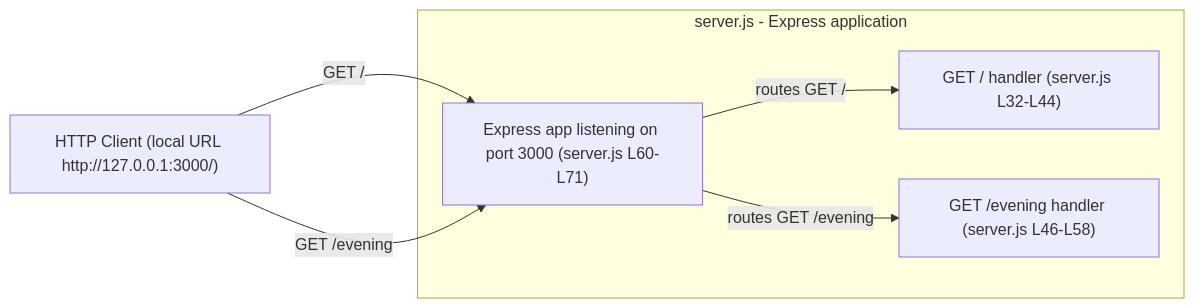
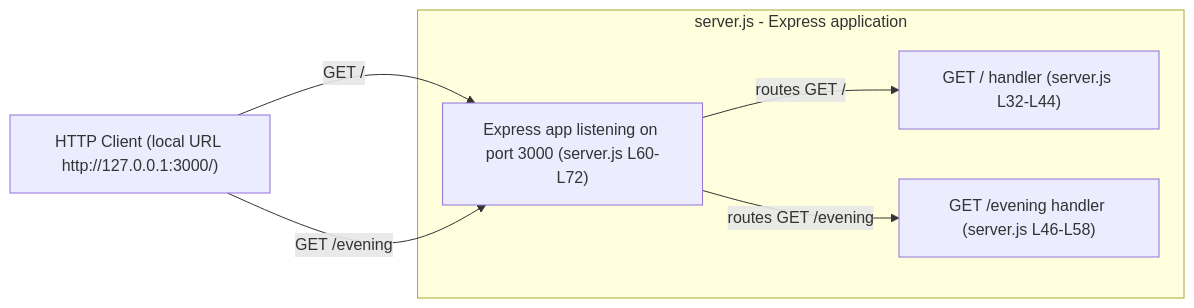
One commit to Sandeep01Kumar/existing-projects-qa-test-08-dec changed the first of 2 diagrams in README.md. Above: the diagram before and after it, drawn with Mermaid. The commit also changed other lines of this file and 1 other file, not shown here.

````diff
--- a/README.md
+++ b/README.md
@@ -41,13 +41,13 @@
 ```mermaid
 graph LR
     Client["HTTP Client (local URL http://127.0.0.1:3000/)"]
     subgraph app["server.js - Express application"]
-        Listener["Express app listening on port 3000 (server.js L60-L71)"]
+        Listener["Express app listening on port 3000 (server.js L60-L72)"]
         Root["GET / handler (server.js L32-L44)"]
         Evening["GET /evening handler (server.js L46-L58)"]
         Listener -->|routes GET /| Root
         Listener -->|routes GET /evening| Evening
     end
     Client -->|GET /| Listener
     Client -->|GET /evening| Listener
 ```
````
